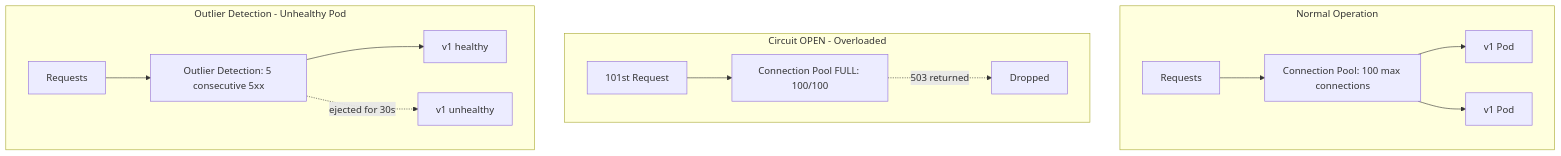
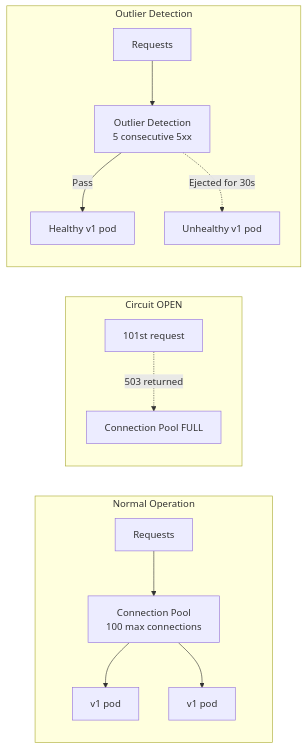
The third of 3 diagrams in src/content/docs/k8s/ica/module-1.2-istio-traffic-management.md (krisztiankoos/kubedojo), drawn with Mermaid before and after one commit. The commit also changed other lines of this file, not shown here.

````diff
--- a/src/content/docs/k8s/ica/module-1.2-istio-traffic-management.md
+++ b/src/content/docs/k8s/ica/module-1.2-istio-traffic-management.md
@@ -693,17 +717,18 @@
 ```mermaid
-flowchart TD
+graph LR
     subgraph Normal Operation
-        R1[Requests] --> CP1[Connection Pool: 100 max connections]
-        CP1 --> V1A[v1 Pod]
-        CP1 --> V1B[v1 Pod]
+        R1[Requests] --> CP1[Connection Pool\n100 max connections]
+        CP1 --> V1A[v1 pod]
+        CP1 --> V1B[v1 pod]
     end
-    subgraph Circuit OPEN - Overloaded
-        R2[101st Request] --> CP2[Connection Pool FULL: 100/100]
-        CP2 -.->|503 returned| Drop[Dropped]
+    
+    subgraph Circuit OPEN
+        R2[101st request] -.->|503 returned| CP2[Connection Pool FULL]
     end
-    subgraph Outlier Detection - Unhealthy Pod
-        R3[Requests] --> OD[Outlier Detection: 5 consecutive 5xx]
-        OD --> V1C[v1 healthy]
-        OD -.->|ejected for 30s| V1D[v1 unhealthy]
+    
+    subgraph Outlier Detection
+        R3[Requests] --> OD[Outlier Detection\n5 consecutive 5xx]
+        OD -->|Pass| V1C[Healthy v1 pod]
+        OD -.->|Ejected for 30s| V1D[Unhealthy v1 pod]
     end
 ```
````
